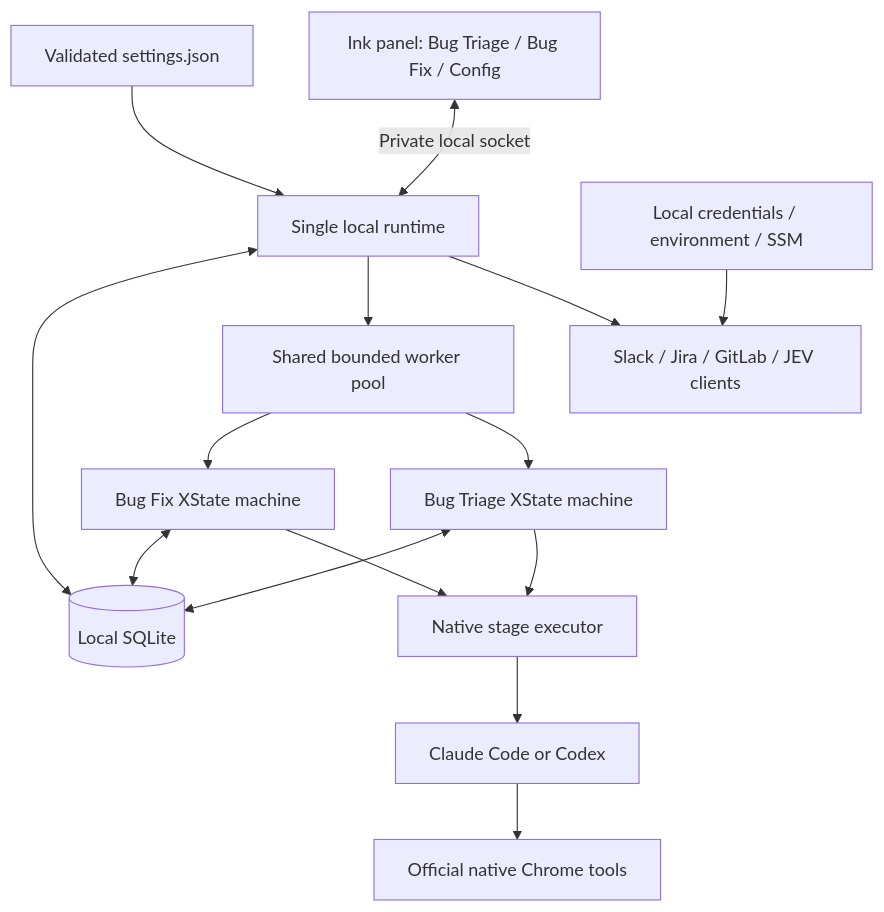
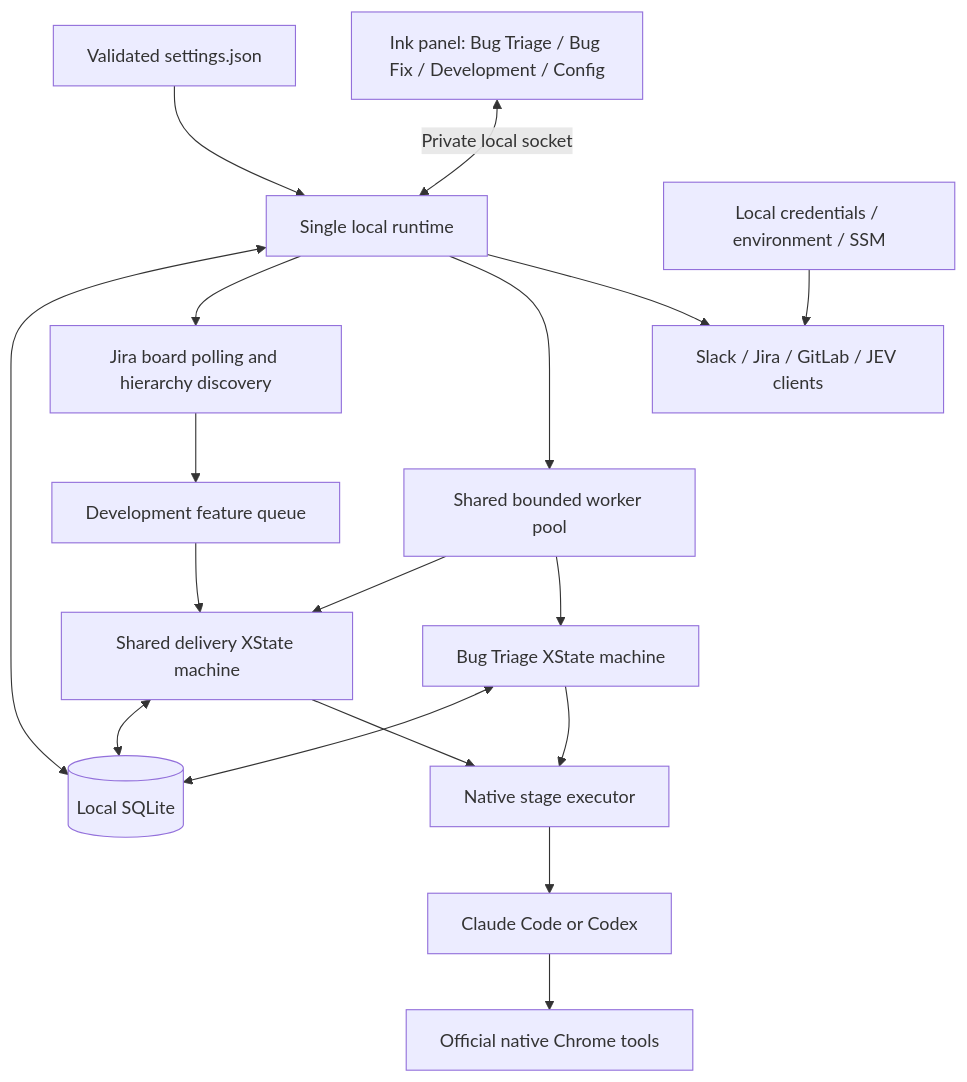
One commit to art-83/scabbers-cli changed the first of 5 diagrams in README.md. Above: the diagram before and after it, drawn with Mermaid. The commit also changed other lines of this file and 72 other files, not shown here.

Commit message:
feat: deliver Jira epic families through a separate Development queue

````diff
--- a/README.md
+++ b/README.md
@@ -93,17 +93,20 @@
 ```mermaid
 flowchart TD
-    Panel[Ink panel: Bug Triage / Bug Fix / Config] <-->|Private local socket| Runtime[Single local runtime]
+    Panel[Ink panel: Bug Triage / Bug Fix / Development / Config] <-->|Private local socket| Runtime[Single local runtime]
     Settings[Validated settings.json] --> Runtime
     Credentials[Local credentials / environment / SSM] --> Clients[Slack / Jira / GitLab / JEV clients]
     Runtime --> Clients
     Runtime --> Pool[Shared bounded worker pool]
     Pool --> Support[Bug Triage XState machine]
-    Pool --> Development[Bug Fix XState machine]
+    Pool --> Development[Shared delivery XState machine]
+    JiraIntake[Jira board polling and hierarchy discovery] --> Features[Development feature queue]
+    Features --> Development
+    Runtime --> JiraIntake
     Support --> Executor[Native stage executor]
     Development --> Executor
     Executor --> Engine[Claude Code or Codex]
     Engine --> Browser[Official native Chrome tools]
     Runtime <--> DB[(Local SQLite)]
     Support <--> DB
     Development <--> DB
 ```
````
